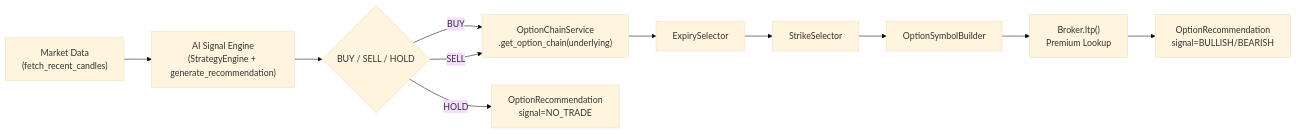
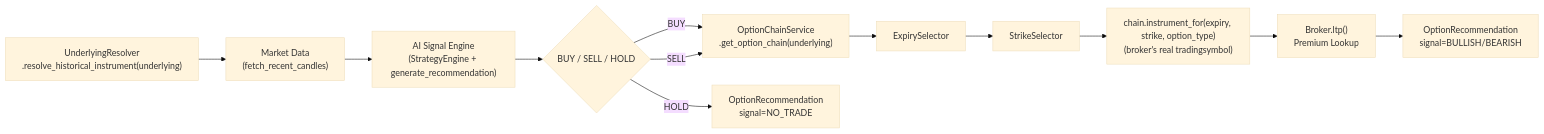
Before and after one commit to sanjay1817/intraday-ai-agent: the diagram in docs/OPTIONS_PHASE2.md, drawn with Mermaid (base theme). The commit also changed other lines of this file and 33 other files, not shown here.

````diff
--- a/docs/OPTIONS_PHASE2.md
+++ b/docs/OPTIONS_PHASE2.md
@@ -20,13 +51,14 @@
 ```mermaid
 flowchart LR
+    R["UnderlyingResolver\n.resolve_historical_instrument(underlying)"] --> A
     A["Market Data\n(fetch_recent_candles)"] --> B["AI Signal Engine\n(StrategyEngine + generate_recommendation)"]
     B --> C{"BUY / SELL / HOLD"}
     C -->|BUY| D["OptionChainService\n.get_option_chain(underlying)"]
     C -->|SELL| D
     C -->|HOLD| Z["OptionRecommendation\nsignal=NO_TRADE"]
     D --> E["ExpirySelector"]
     E --> F["StrikeSelector"]
-    F --> G["OptionSymbolBuilder"]
+    F --> G["chain.instrument_for(expiry, strike, option_type)\n(broker's real tradingsymbol)"]
     G --> H["Broker.ltp()\nPremium Lookup"]
     H --> I["OptionRecommendation\nsignal=BULLISH/BEARISH"]
 ```
````
